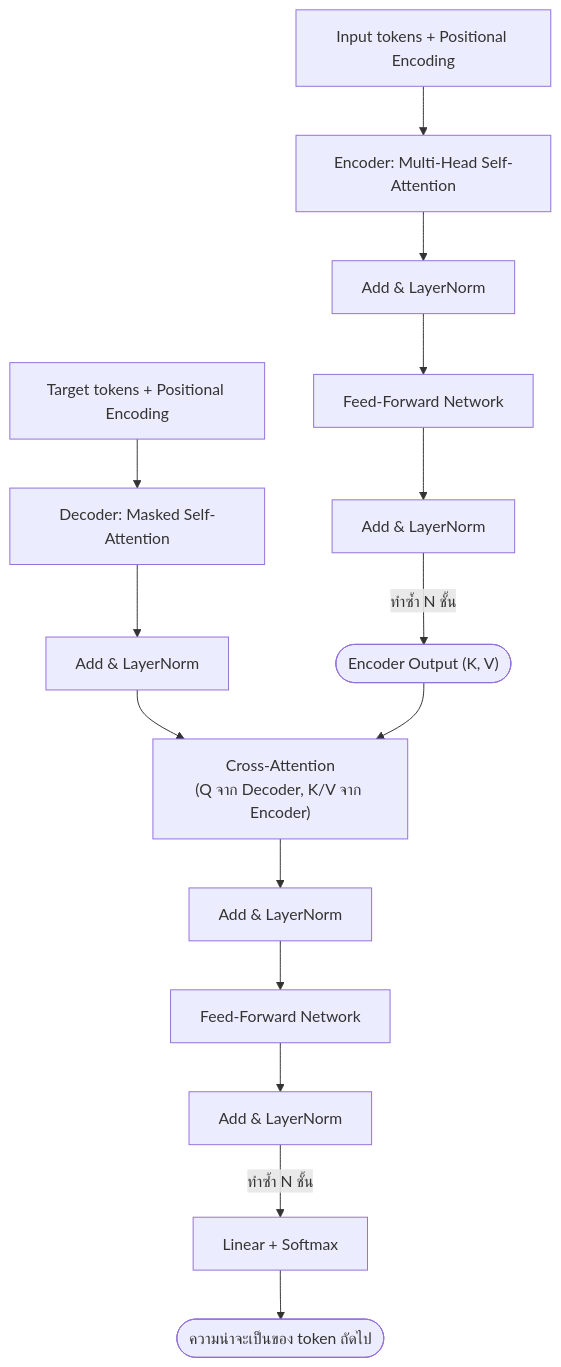
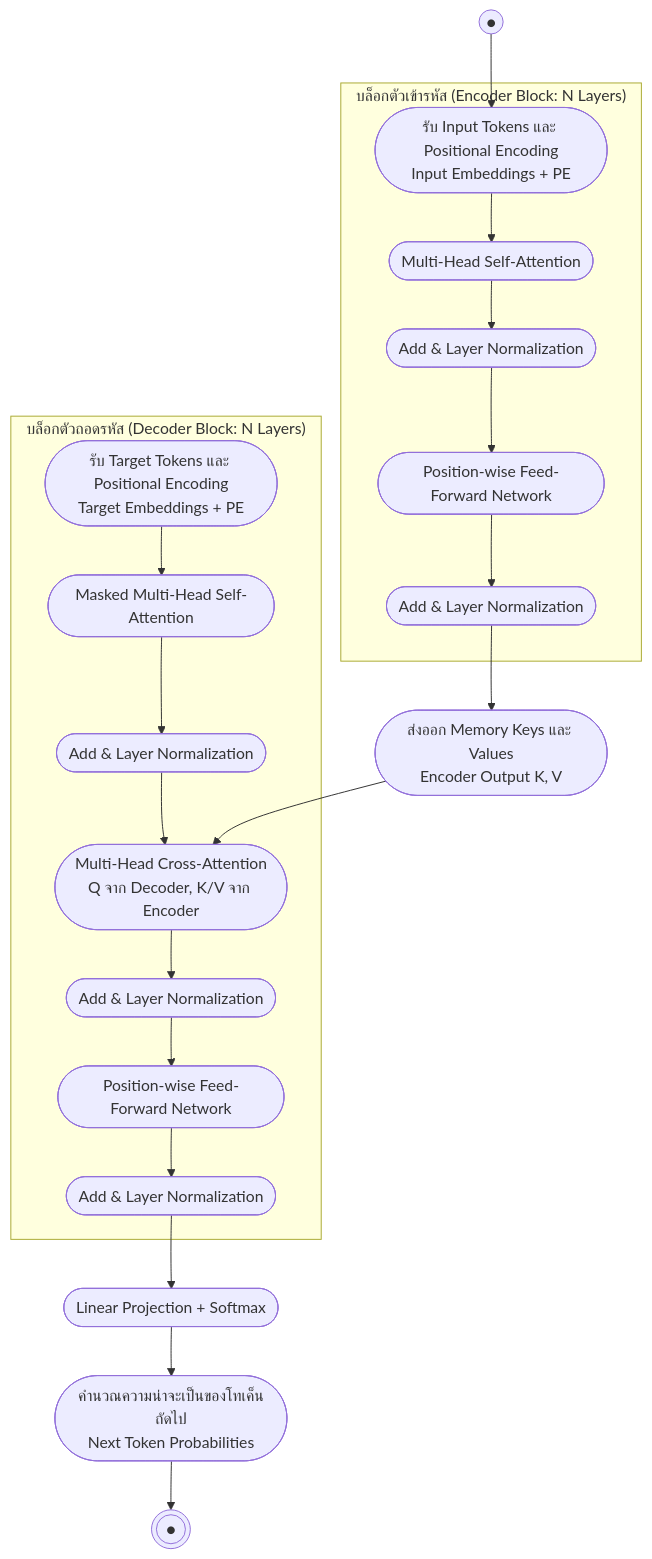
The diagram in 01_Lectures/Week7/Transformer.md (PhuriphatTyPeZ3r0/Course-1323404-Natural-Language-Processing-2026), drawn with Mermaid before and after one commit. The commit also changed 14 other files, not shown here.

Commit message:
refactor: standardize diagrams to UML specifications across notes and templates

````diff
--- a/01_Lectures/Week7/Transformer.md
+++ b/01_Lectures/Week7/Transformer.md
@@ -89,18 +89,27 @@
 ```mermaid
 flowchart TD
-    In["Input tokens + Positional Encoding"] --> EncSA["Encoder: Multi-Head Self-Attention"]
-    EncSA --> EncAdd1["Add & LayerNorm"]
-    EncAdd1 --> EncFFN["Feed-Forward Network"]
-    EncFFN --> EncAdd2["Add & LayerNorm"]
-    EncAdd2 -->|"ทำซ้ำ N ชั้น"| EncOut(["Encoder Output (K, V)"])
+    Start((●)) --> InToken([รับ Input Tokens และ Positional Encoding<br>Input Embeddings + PE])
 
-    Tgt["Target tokens + Positional Encoding"] --> DecMSA["Decoder: Masked Self-Attention"]
-    DecMSA --> DecAdd1["Add & LayerNorm"]
-    DecAdd1 --> CrossAttn["Cross-Attention\n(Q จาก Decoder, K/V จาก Encoder)"]
+    subgraph Encoder ["บล็อกตัวเข้ารหัส (Encoder Block: N Layers)"]
+        InToken --> EncSA([Multi-Head Self-Attention])
+        EncSA --> EncAdd1([Add & Layer Normalization])
+        EncAdd1 --> EncFFN([Position-wise Feed-Forward Network])
+        EncFFN --> EncAdd2([Add & Layer Normalization])
+    end
+
+    EncAdd2 --> EncOut([ส่งออก Memory Keys และ Values<br>Encoder Output K, V])
+
+    subgraph Decoder ["บล็อกตัวถอดรหัส (Decoder Block: N Layers)"]
+        TgtToken([รับ Target Tokens และ Positional Encoding<br>Target Embeddings + PE]) --> DecMSA([Masked Multi-Head Self-Attention])
+        DecMSA --> DecAdd1([Add & Layer Normalization])
+        DecAdd1 --> CrossAttn([Multi-Head Cross-Attention<br>Q จาก Decoder, K/V จาก Encoder])
+        CrossAttn --> DecAdd2([Add & Layer Normalization])
+        DecAdd2 --> DecFFN([Position-wise Feed-Forward Network])
+        DecFFN --> DecAdd3([Add & Layer Normalization])
+    end
+
     EncOut --> CrossAttn
-    CrossAttn --> DecAdd2["Add & LayerNorm"]
-    DecAdd2 --> DecFFN["Feed-Forward Network"]
-    DecFFN --> DecAdd3["Add & LayerNorm"]
-    DecAdd3 -->|"ทำซ้ำ N ชั้น"| Linear["Linear + Softmax"]
-    Linear --> Out(["ความน่าจะเป็นของ token ถัดไป"])
+    DecAdd3 --> Linear([Linear Projection + Softmax])
+    Linear --> Out([คำนวณความน่าจะเป็นของโทเค็นถัดไป<br>Next Token Probabilities])
+    Out --> EndNode(((●)))
 ```
````
